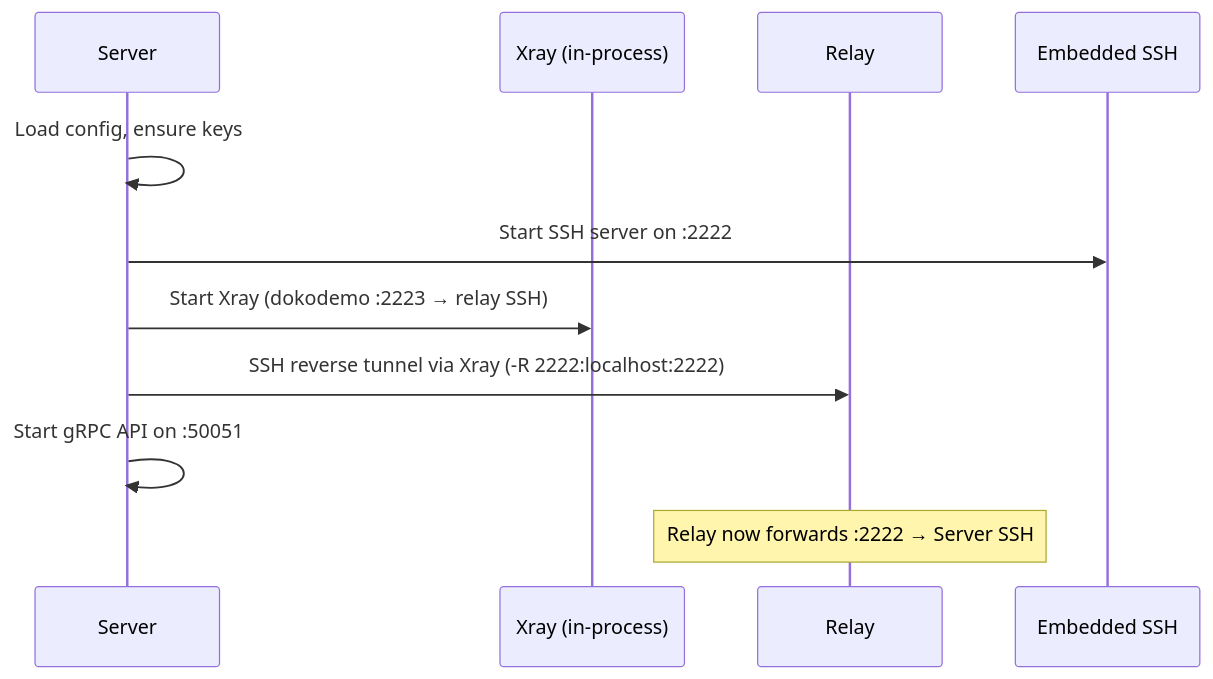
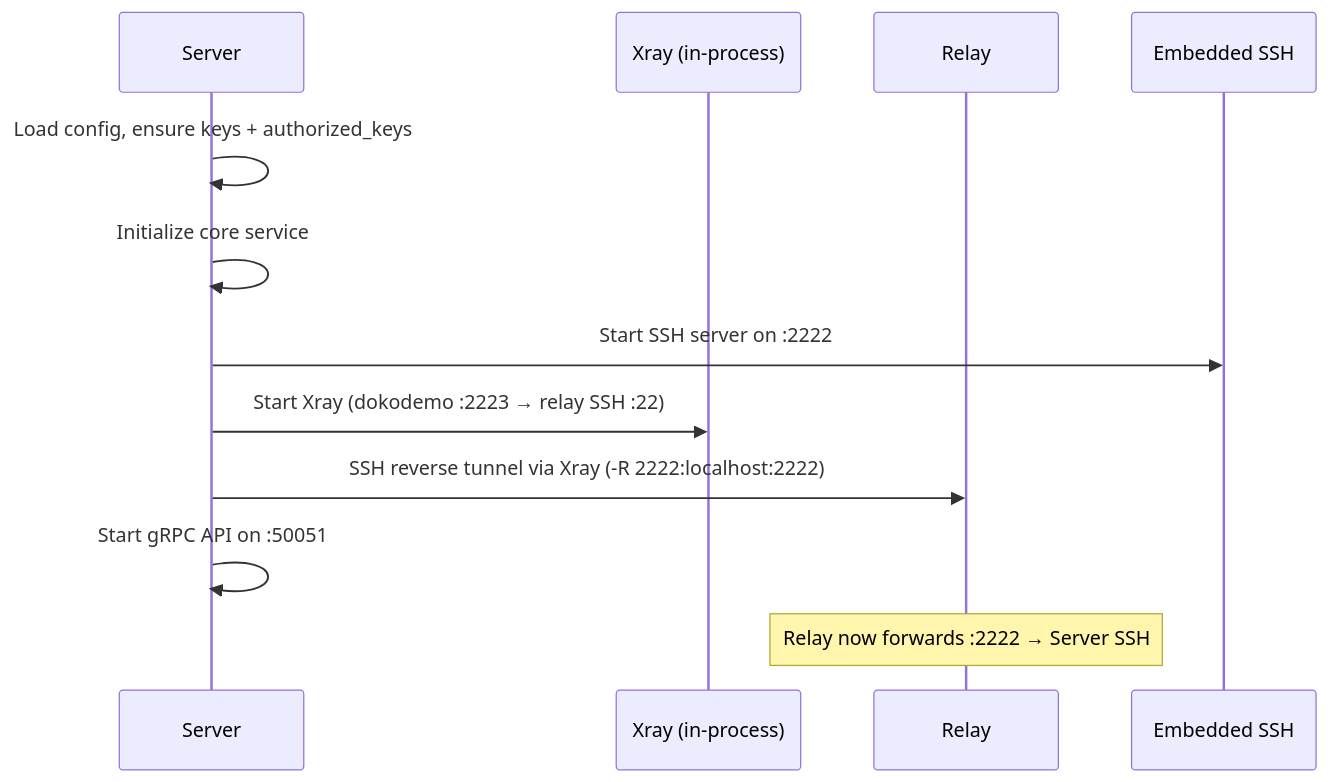
One commit to alicommit-malp/Tunnel-Whisperer changed the fourth of 5 diagrams in docs/architecture/tw-arch-arc42.md. Above: the diagram before and after it, drawn with Mermaid. The commit also changed other lines of this file, not shown here.

````diff
--- a/docs/architecture/tw-arch-arc42.md
+++ b/docs/architecture/tw-arch-arc42.md
@@ -224,14 +265,15 @@
 ```mermaid
 sequenceDiagram
     participant S as Server
     participant X as Xray (in-process)
     participant R as Relay
     participant SSH as Embedded SSH
 
-    S ->> S: Load config, ensure keys
+    S ->> S: Load config, ensure keys + authorized_keys
+    S ->> S: Initialize core service
     S ->> SSH: Start SSH server on :2222
-    S ->> X: Start Xray (dokodemo :2223 → relay SSH)
+    S ->> X: Start Xray (dokodemo :2223 → relay SSH :22)
     S ->> R: SSH reverse tunnel via Xray (-R 2222:localhost:2222)
     S ->> S: Start gRPC API on :50051
     Note over R: Relay now forwards :2222 → Server SSH
 ```
````
